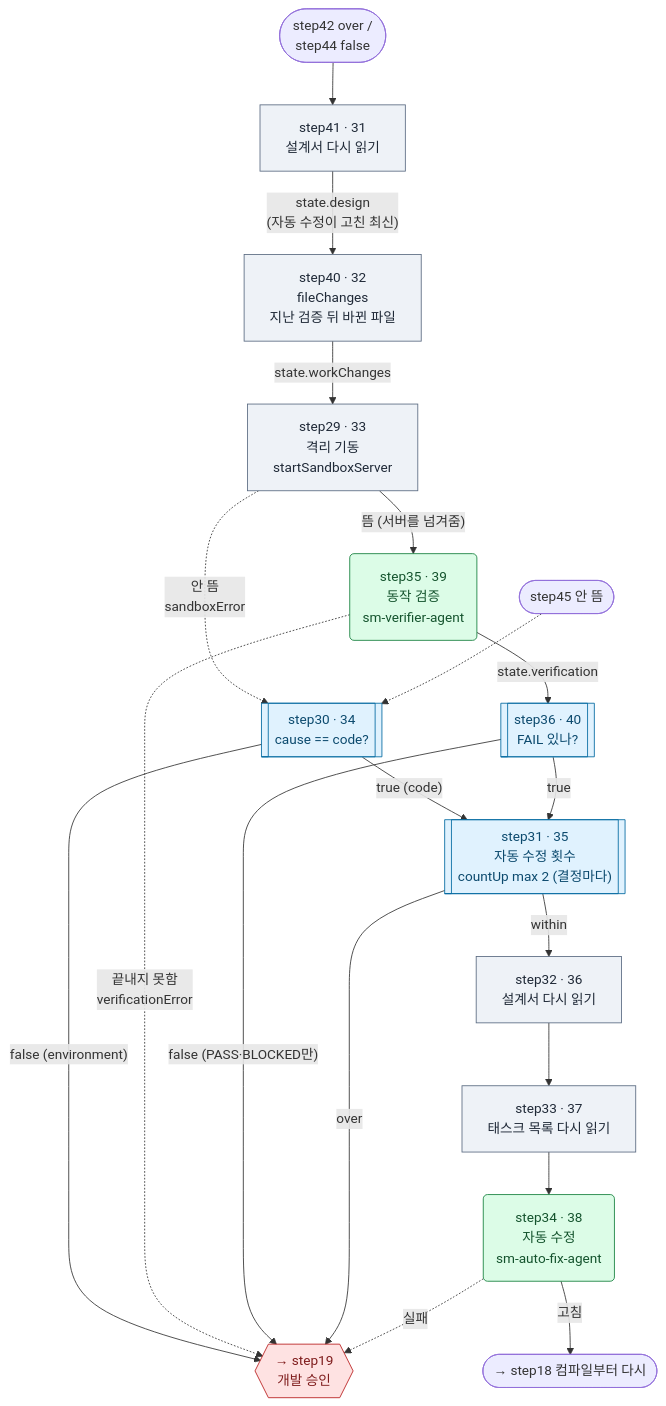
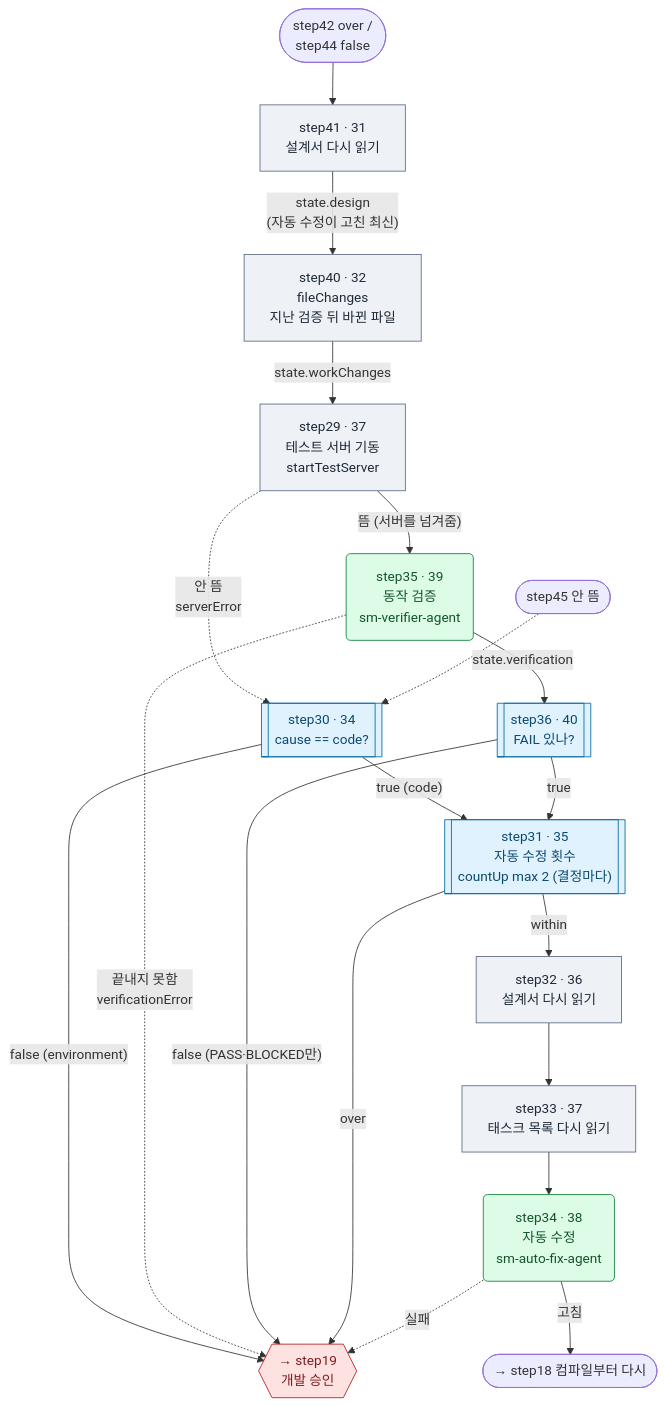
Before and after one commit to YongSoekChoeng/dstone: diagram 15 of 24 in docs/09.dstone-ai-engine-sm-workflow.md, drawn with Mermaid. The commit also changed other lines of this file and 55 other files, not shown here.

````diff
--- a/docs/09.dstone-ai-engine-sm-workflow.md
+++ b/docs/09.dstone-ai-engine-sm-workflow.md
@@ -1166,26 +1197,26 @@
 ```mermaid
 flowchart TD
     IN(["step42 over /<br/>step44 false"]) --> step41["step41 · 31<br/>설계서 다시 읽기"]:::tool
     step41 -->|"state.design<br/>(자동 수정이 고친 최신)"| step40["step40 · 32<br/>fileChanges<br/>지난 검증 뒤 바뀐 파일"]:::tool
-    step40 -->|state.workChanges| step29["step29 · 33<br/>격리 기동<br/>startSandboxServer"]:::tool
+    step40 -->|state.workChanges| step29["step29 · 37<br/>테스트 서버 기동<br/>startTestServer"]:::tool
     step29 -->|"뜸 (서버를 넘겨줌)"| step35("step35 · 39<br/>동작 검증<br/>sm-verifier-agent"):::agent
-    step29 -.->|"안 뜸<br/>sandboxError"| step30[["step30 · 34<br/>cause == code?"]]:::route
+    step29 -.->|"안 뜸<br/>serverError"| step30[["step30 · 34<br/>cause == code?"]]:::route
     S45(["step45 안 뜸"]) -.-> step30
     step30 -->|"false (environment)"| step19{{"→ step19<br/>개발 승인"}}:::appr
     step30 -->|"true (code)"| step31
     step35 -->|state.verification| step36[["step36 · 40<br/>FAIL 있나?"]]:::route
     step35 -.->|"끝내지 못함<br/>verificationError"| step19
     step36 -->|"false (PASS·BLOCKED만)"| step19
     step36 -->|true| step31[["step31 · 35<br/>자동 수정 횟수<br/>countUp max 2 (결정마다)"]]:::route
     step31 -->|over| step19
     step31 -->|within| step32["step32 · 36<br/>설계서 다시 읽기"]:::tool
     step32 --> step33["step33 · 37<br/>태스크 목록 다시 읽기"]:::tool
     step33 --> step34("step34 · 38<br/>자동 수정<br/>sm-auto-fix-agent"):::agent
     step34 -->|"고침"| step18(["→ step18 컴파일부터 다시"])
     step34 -.->|실패| step19
 
     classDef tool fill:#eef2f7,stroke:#5b6b82,color:#1f2937
     classDef route fill:#e0f2fe,stroke:#0369a1,color:#0c4a6e
     classDef agent fill:#dcfce7,stroke:#15803d,color:#14532d
     classDef appr fill:#fee2e2,stroke:#b91c1c,color:#7f1d1d
 ```
````
